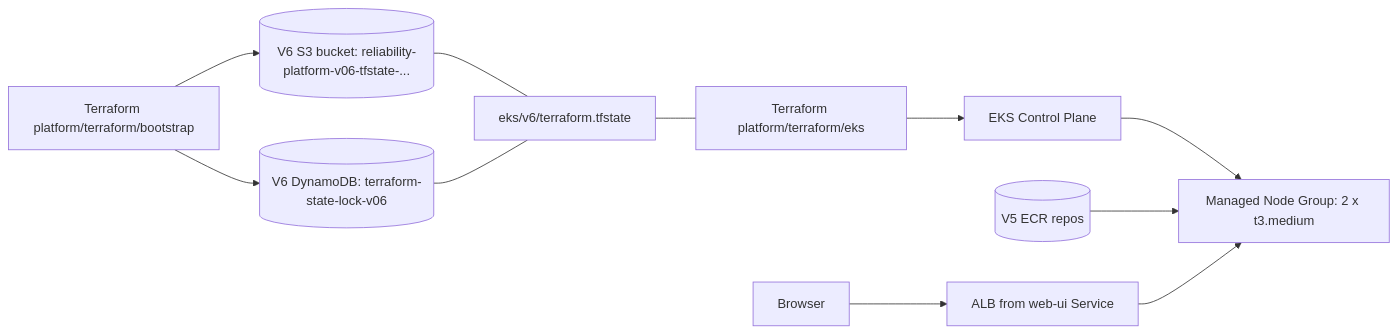
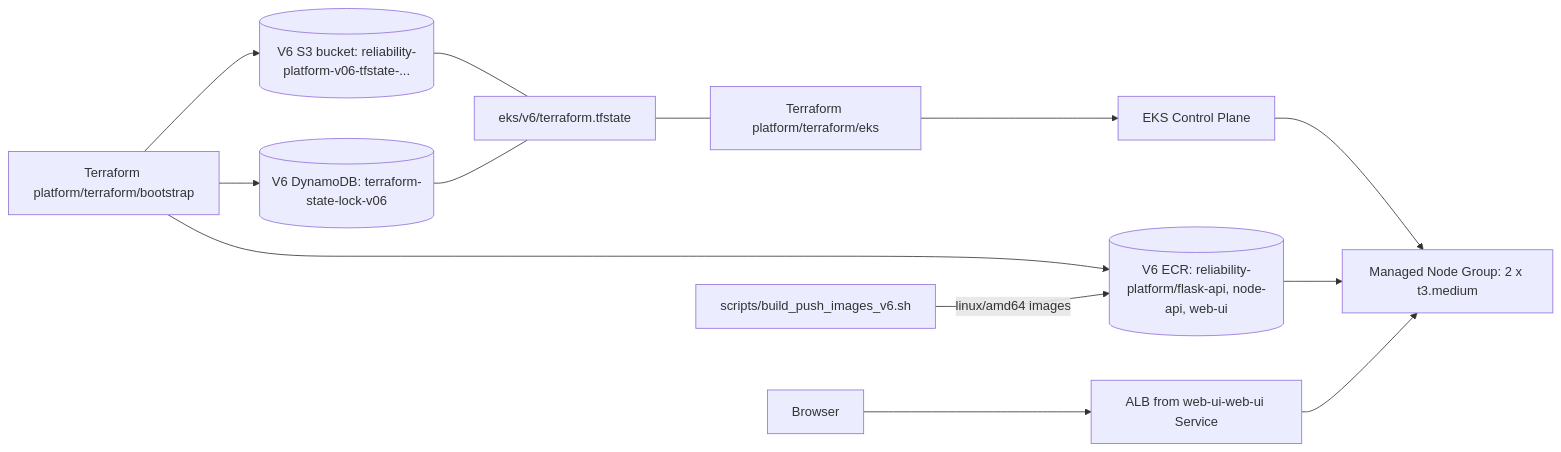
Before and after one commit to Here2ServeU/express-reliability-platform-course: the second of 2 diagrams in express-reliability-platform-v06/README.md, drawn with Mermaid. The commit also changed other lines of this file and 7 other files, not shown here.

````diff
--- a/express-reliability-platform-v06/README.md
+++ b/express-reliability-platform-v06/README.md
@@ -120,13 +553,15 @@
 ```mermaid
 flowchart LR
     Boot[Terraform platform/terraform/bootstrap] --> S3[(V6 S3 bucket: reliability-platform-v06-tfstate-...)]
     Boot --> DDB[(V6 DynamoDB: terraform-state-lock-v06)]
+    Boot --> ECR[(V6 ECR: reliability-platform/flask-api, node-api, web-ui)]
+    Push[scripts/build_push_images_v6.sh] -->|linux/amd64 images| ECR
     TF[Terraform platform/terraform/eks] --> EKS[EKS Control Plane]
     EKS --> NG[Managed Node Group: 2 x t3.medium]
     S3 --- TFState[eks/v6/terraform.tfstate]
     DDB --- TFState
     TFState --- TF
-    ECR[(V5 ECR repos)] --> NG
-    User[Browser] --> ALB[ALB from web-ui Service]
+    ECR --> NG
+    User[Browser] --> ALB[ALB from web-ui-web-ui Service]
     ALB --> NG
 ```
````
